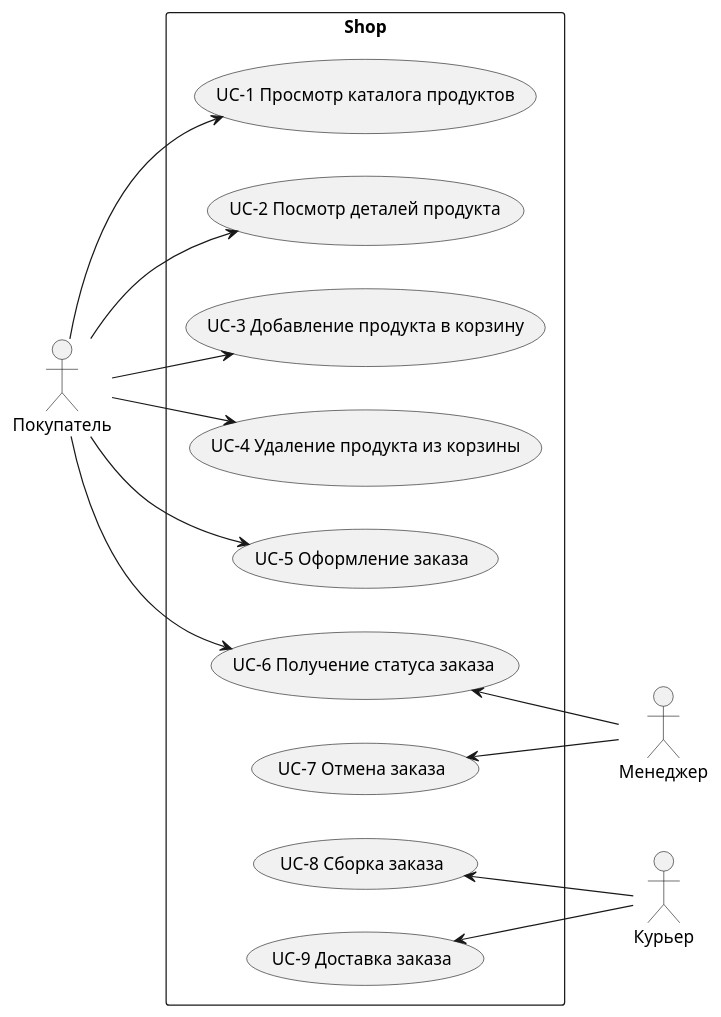
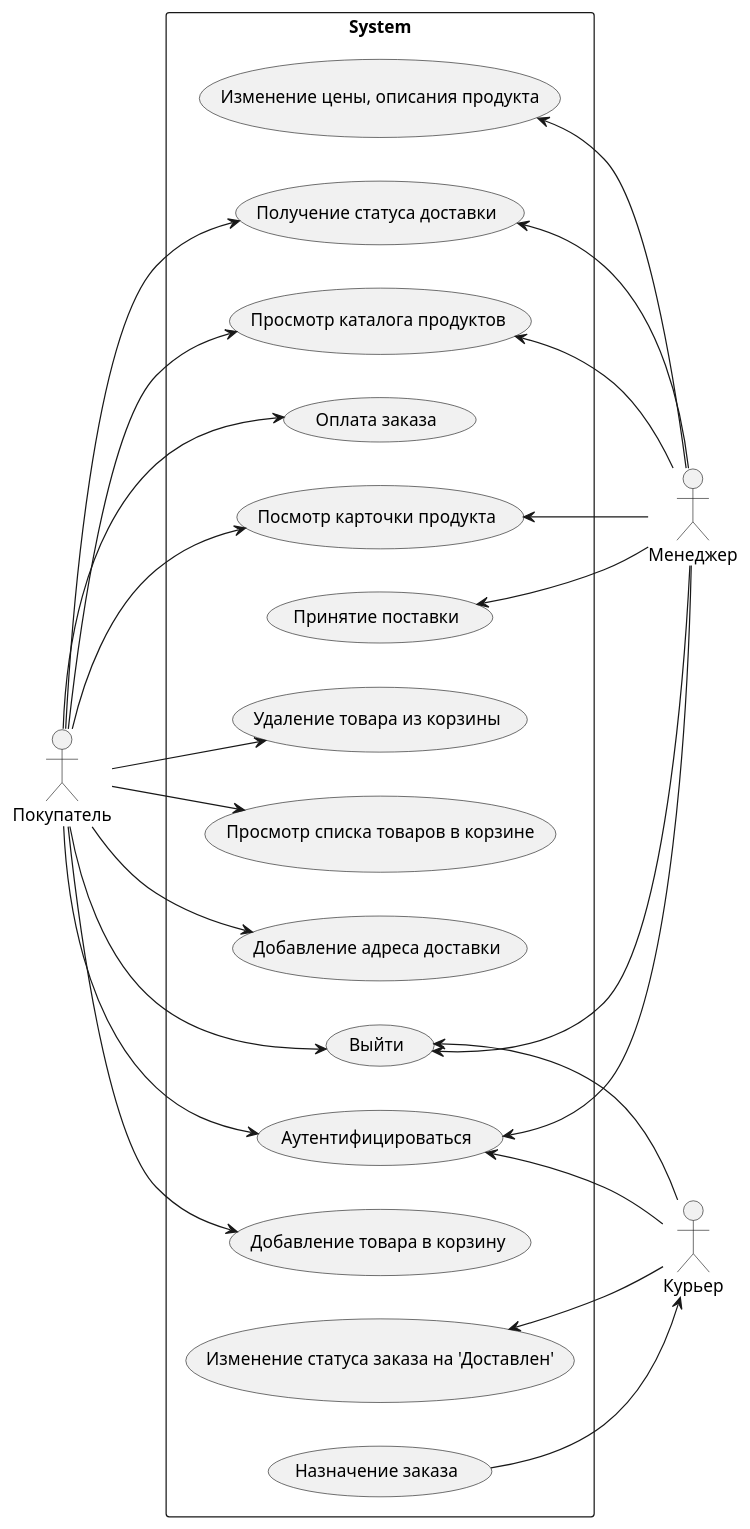
One commit to gerzhan/knigaexpert-system-design changed the fourth of 4 diagrams in README.md. Above: the diagram before and after it, drawn with PlantUML. The commit also changed other lines of this file and 1 other file, not shown here.

````diff
--- a/README.md
+++ b/README.md
@@ -144,35 +120,62 @@
 ```plantuml
 left to right direction
 skinparam packageStyle rectangle
 
-actor Покупатель
-actor Менеджер
-actor Курьер
+actor Покупатель as client
+actor Менеджер as manager
+actor Курьер as courier
 
-rectangle Shop {
-  usecase (UC-1 Просмотр каталога продуктов) as UC1
-  usecase (UC-2 Посмотр деталей продукта) as UC2
-  usecase (UC-3 Добавление продукта в корзину) as UC3
-  usecase (UC-4 Удаление продукта из корзины) as UC4
-  usecase (UC-5 Оформление заказа) as UC5
+rectangle System {
+  ' auth
+  usecase (Аутентифицироваться) as UC1
+  usecase (Выйти) as UC2
+  ' catalog
+  usecase (Просмотр каталога продуктов) as UC3
+  usecase (Посмотр карточки продукта) as UC4
+  usecase (Изменение цены, описания продукта) as UC5
+  ' delivery
+  usecase (Получение статуса доставки) as UC6
+  usecase (Изменение статуса заказа на 'Доставлен') as UC7
+  usecase (Назначение заказа) as UC8
   
-  usecase (UC-6 Получение статуса заказа)  as UC6
-  usecase (UC-7 Отмена заказа)  as UC7
+  ' ordering
+  usecase (Добавление товара в корзину) as UC9
+  usecase (Удаление товара из корзины) as UC10
+  usecase (Просмотр списка товаров в корзине) as UC11
+  usecase (Добавление адреса доставки) as UC12
+  usecase (Оплата заказа) as UC13
 
-  usecase (UC-8 Сборка заказа)  as UC8
-  usecase (UC-9 Доставка заказа)  as UC9
+  ' warehouse
+  usecase (Принятие поставки) as UC14
+}
 
-  Покупатель --> UC1
-  Покупатель --> UC2
-  Покупатель --> UC3
-  Покупатель --> UC4
-  Покупатель --> UC5
-  Покупатель --> UC6
+client --> UC1
+UC1 <-- manager
+UC1 <--courier
 
-  UC6 <-- Менеджер
-  UC7 <-- Менеджер
+client --> UC2
+UC2 <-- manager
+UC2 <--courier
 
-  UC8<-- Курьер  
-  UC9<-- Курьер
-}
+client --> UC3
+UC3 <-- manager
+
+client --> UC4
+UC4 <-- manager
+
+UC5 <-- manager
+
+client --> UC6
+UC6 <-- manager
+
+UC7 <--courier
+UC8 --> courier
+
+client --> UC9
+client --> UC10
+client --> UC11
+client --> UC12
+client --> UC13
+
+UC14 <-- manager
 ```
````
